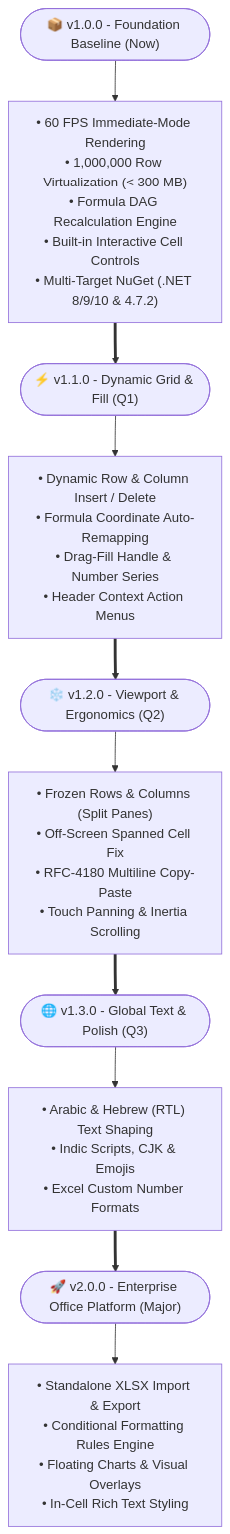
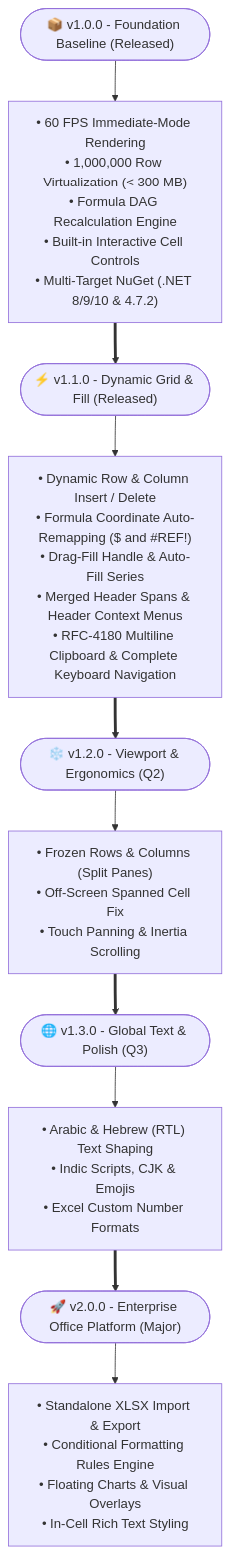
One commit to dotdevkartik/DevBrewLabs.WPF.Spreadsheet changed the diagram in ROADMAP.md. Above: the diagram before and after it, drawn with Mermaid. The commit also changed 47 other files, not shown here.

First line of the commit message:
Major spreadsheet features: grid ops, formulas, auto-fill

````diff
--- a/ROADMAP.md
+++ b/ROADMAP.md
@@ -3,33 +3,33 @@
 ```mermaid
 flowchart TD
     %% Phase 1
-    M1(["📦 v1.0.0 - Foundation Baseline (Now)"])
+    M1(["📦 v1.0.0 - Foundation Baseline (Released)"])
     D1["• 60 FPS Immediate-Mode Rendering\n• 1,000,000 Row Virtualization (< 300 MB)\n• Formula DAG Recalculation Engine\n• Built-in Interactive Cell Controls\n• Multi-Target NuGet (.NET 8/9/10 & 4.7.2)"]
     M1 --> D1
 
     %% Phase 2
-    M2(["⚡ v1.1.0 - Dynamic Grid & Fill (Q1)"])
-    D2["• Dynamic Row & Column Insert / Delete\n• Formula Coordinate Auto-Remapping\n• Drag-Fill Handle & Number Series\n• Header Context Action Menus"]
+    M2(["⚡ v1.1.0 - Dynamic Grid & Fill (Released)"])
+    D2["• Dynamic Row & Column Insert / Delete\n• Formula Coordinate Auto-Remapping ($ and #REF!)\n• Drag-Fill Handle & Auto-Fill Series\n• Merged Header Spans & Header Context Menus\n• RFC-4180 Multiline Clipboard & Complete Keyboard Navigation"]
     M2 --> D2
 
     %% Phase 3
     M3(["❄️ v1.2.0 - Viewport & Ergonomics (Q2)"])
-    D3["• Frozen Rows & Columns (Split Panes)\n• Off-Screen Spanned Cell Fix\n• RFC-4180 Multiline Copy-Paste\n• Touch Panning & Inertia Scrolling"]
+    D3["• Frozen Rows & Columns (Split Panes)\n• Off-Screen Spanned Cell Fix\n• Touch Panning & Inertia Scrolling"]
     M3 --> D3
 
     %% Phase 4
     M4(["🌐 v1.3.0 - Global Text & Polish (Q3)"])
     D4["• Arabic & Hebrew (RTL) Text Shaping\n• Indic Scripts, CJK & Emojis\n• Excel Custom Number Formats"]
     M4 --> D4
 
     %% Phase 5
     M5(["🚀 v2.0.0 - Enterprise Office Platform (Major)"])
     D5["• Standalone XLSX Import & Export\n• Conditional Formatting Rules Engine\n• Floating Charts & Visual Overlays\n• In-Cell Rich Text Styling"]
     M5 --> D5
 
     %% Release Progression
     D1 ==> M2
     D2 ==> M3
     D3 ==> M4
     D4 ==> M5
 ```
````
